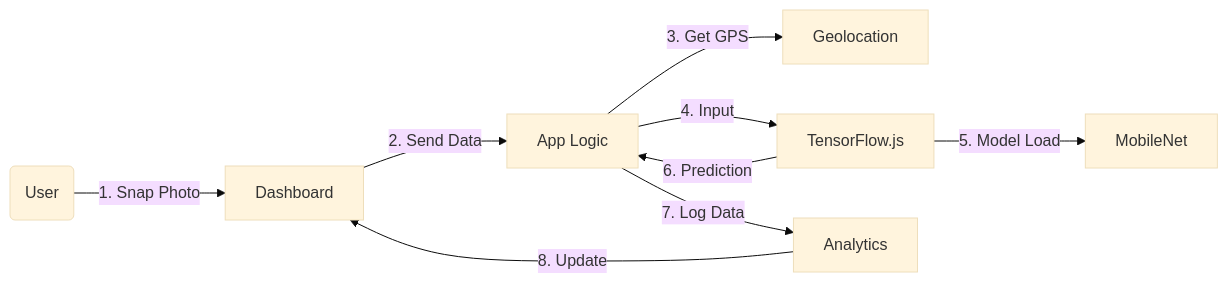
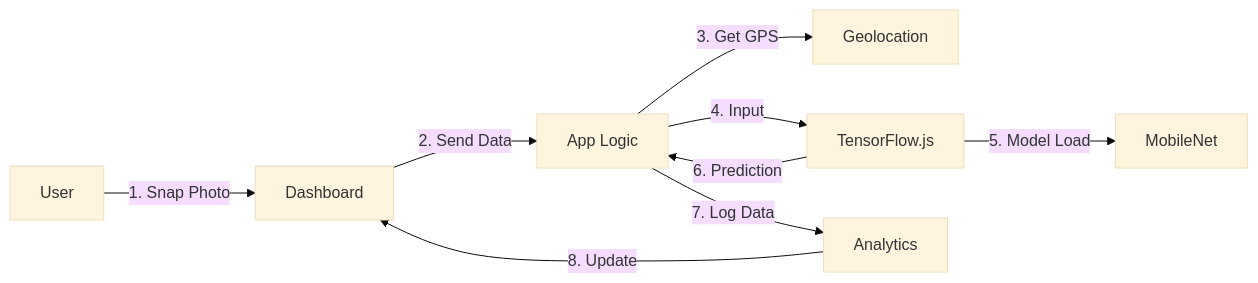
The diagram in ARCHITECTURE.md (GPaul02/Grade-O-Meter), drawn with Mermaid (base theme) before and after one commit. The commit also changed other lines of this file, not shown here.

````diff
--- a/ARCHITECTURE.md
+++ b/ARCHITECTURE.md
@@ -10,13 +11,14 @@
 ```mermaid
-graph LR
-    User(User) -->|1. Snap Photo| UI[Dashboard]
+flowchart LR
+    User[User] -->|1. Snap Photo| UI[Dashboard]
     UI -->|2. Send Data| Logic[App Logic]
-    
+
     Logic -->|3. Get GPS| Geo[Geolocation]
     Logic -->|4. Input| TF[TensorFlow.js]
+
     TF -->|5. Model Load| Model[MobileNet]
     TF -->|6. Prediction| Logic
-    
+
     Logic -->|7. Log Data| Batch[Analytics]
     Batch -->|8. Update| UI
 ```
````
